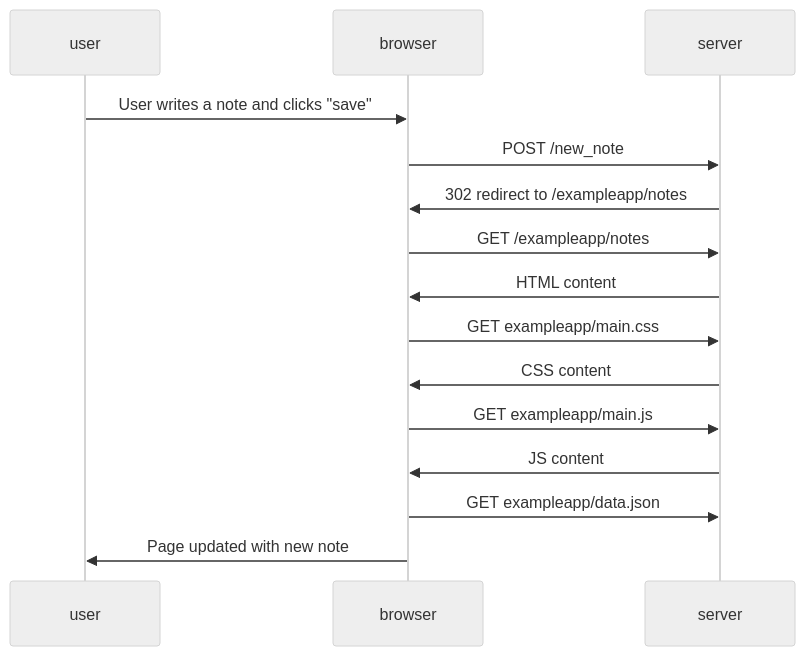
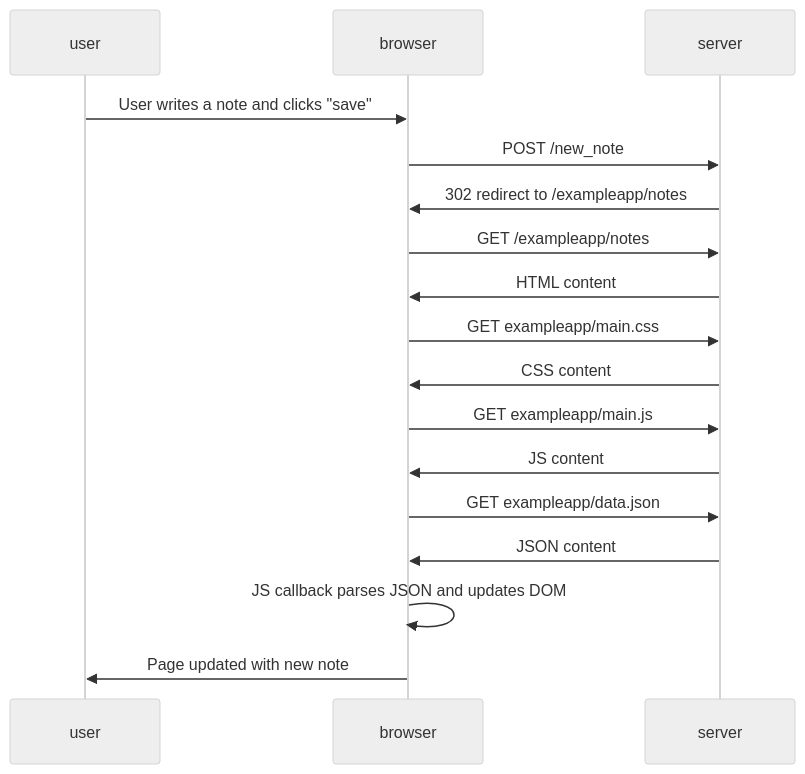
Before and after one commit to lodveffe/FSO: the diagram in osa0/new-note-diagram.md, drawn with Mermaid (neutral theme).

Commit message:
modified:   osa0/new-note-diagram.md     added JS callback

````diff
--- a/osa0/new-note-diagram.md
+++ b/osa0/new-note-diagram.md
@@ -1,18 +1,20 @@
 ```mermaid
 sequenceDiagram
     participant U as user
     participant B as browser
     participant S as server
 
     U->>B: User writes a note and clicks "save"
     B->>S: POST /new_note
     S->>B: 302 redirect to /exampleapp/notes
     B->>S: GET /exampleapp/notes
     S->>B: HTML content
     B->>S: GET exampleapp/main.css
     S->>B: CSS content
     B->>S: GET exampleapp/main.js
     S->>B: JS content
     B->>S: GET exampleapp/data.json
+    S->>B: JSON content
+    B->>B: JS callback parses JSON and updates DOM
     B->>U: Page updated with new note
 ```
````
